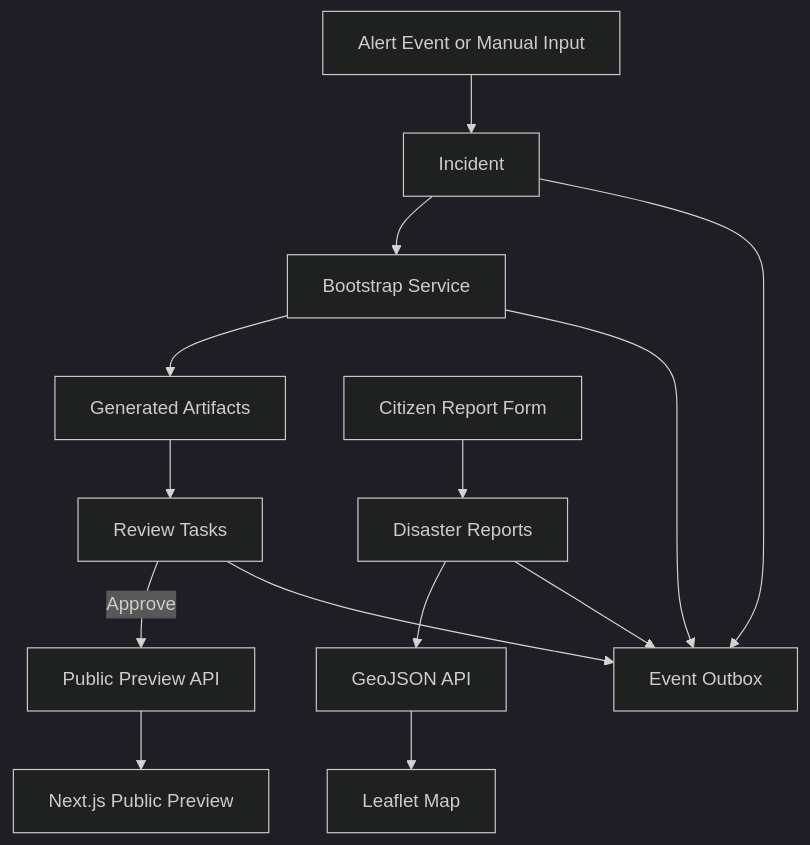
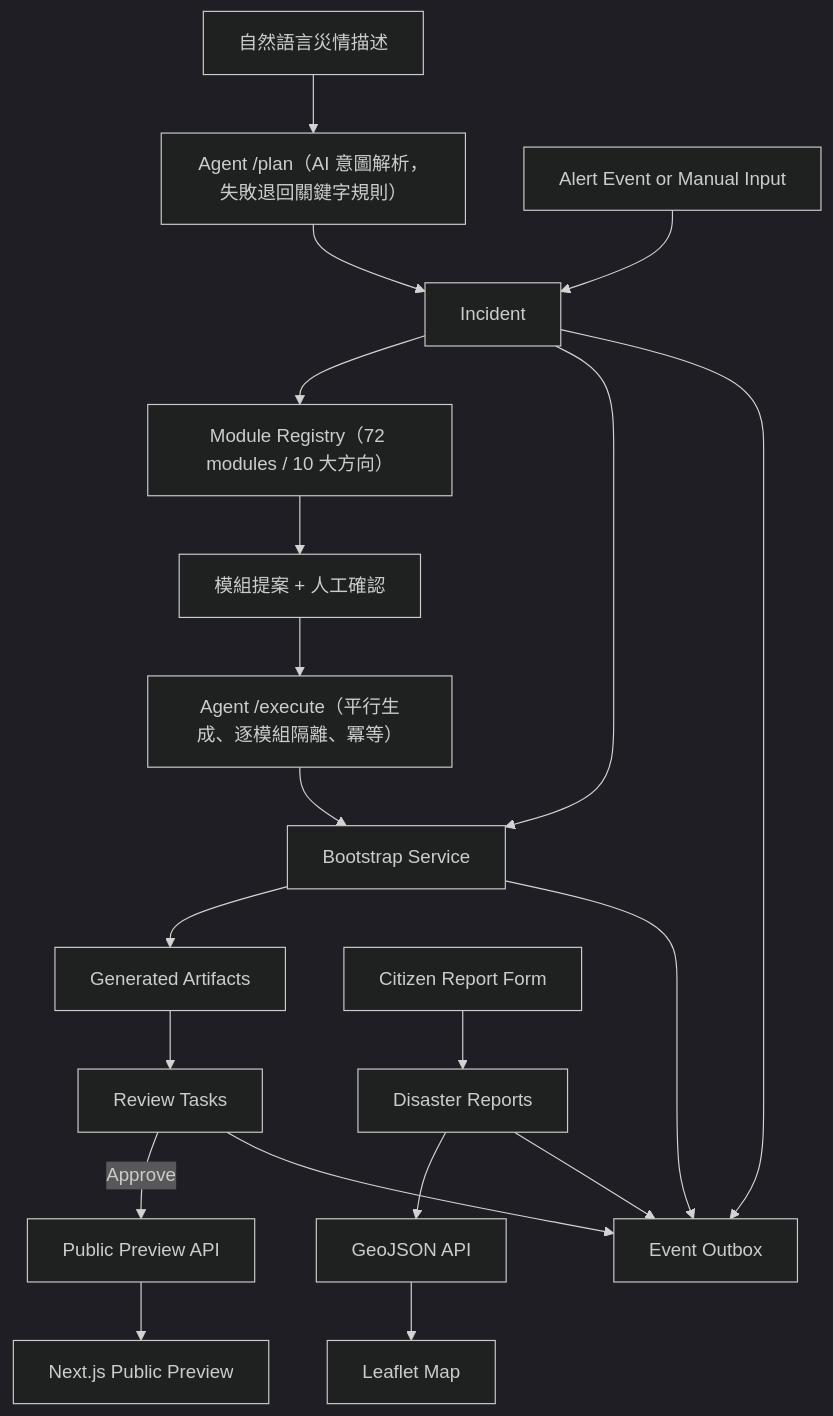
The first of 4 diagrams in docs/architecture.md (edenfunf/ResQLink), drawn with Mermaid (dark theme) before and after one commit. The commit also changed other lines of this file and 2 other files, not shown here.

First line of the commit message:
Docs: reposition around the Agent orchestrator + module registry

````diff
--- a/docs/architecture.md
+++ b/docs/architecture.md
@@ -20,16 +23,22 @@
 ```mermaid
 flowchart TD
+  U[自然語言災情描述] --> P["Agent /plan（AI 意圖解析，失敗退回關鍵字規則）"]
   A[Alert Event or Manual Input] --> B[Incident]
+  P --> B
+  B --> R["Module Registry（72 modules / 10 大方向）"]
+  R --> PR[模組提案 + 人工確認]
+  PR --> X["Agent /execute（平行生成、逐模組隔離、冪等）"]
   B --> C[Bootstrap Service]
+  X --> C
   C --> D[Generated Artifacts]
   D --> E[Review Tasks]
   E -->|Approve| F[Public Preview API]
   F --> G[Next.js Public Preview]
   H[Citizen Report Form] --> I[Disaster Reports]
   I --> J[GeoJSON API]
   J --> K[Leaflet Map]
   B --> L[Event Outbox]
   C --> L
   E --> L
   I --> L
 ```
````
